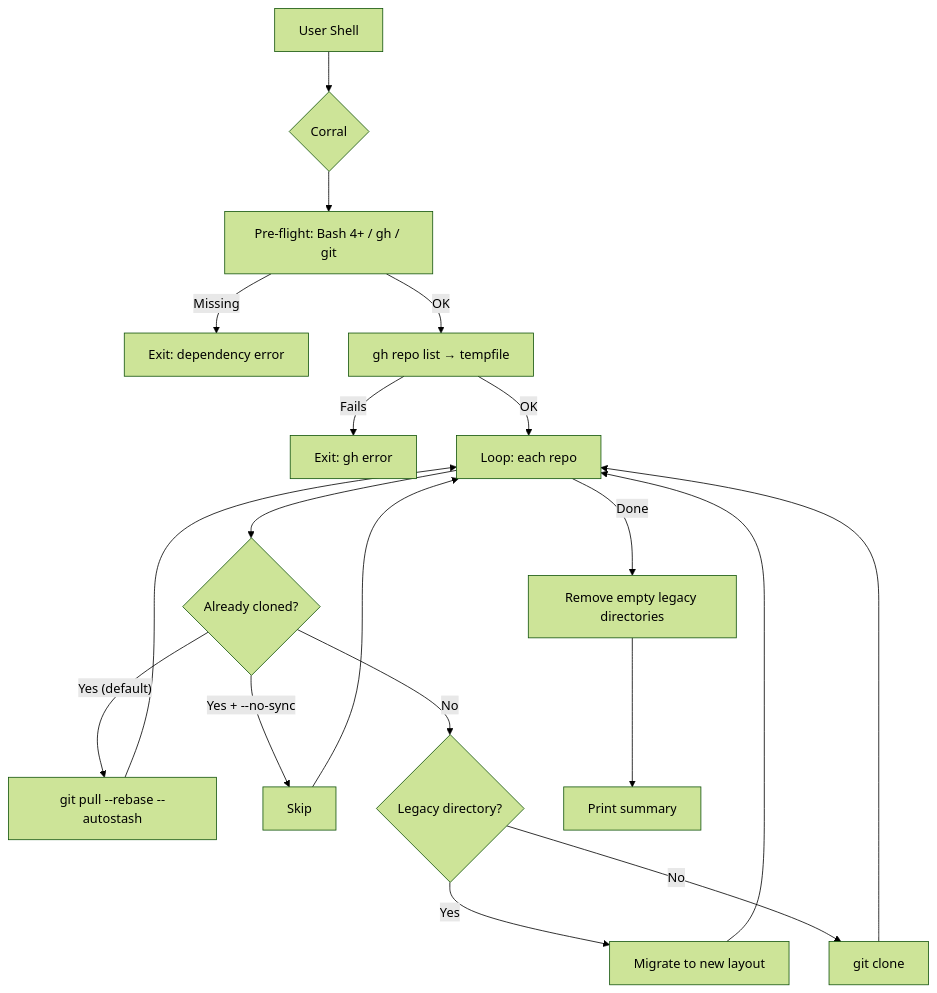
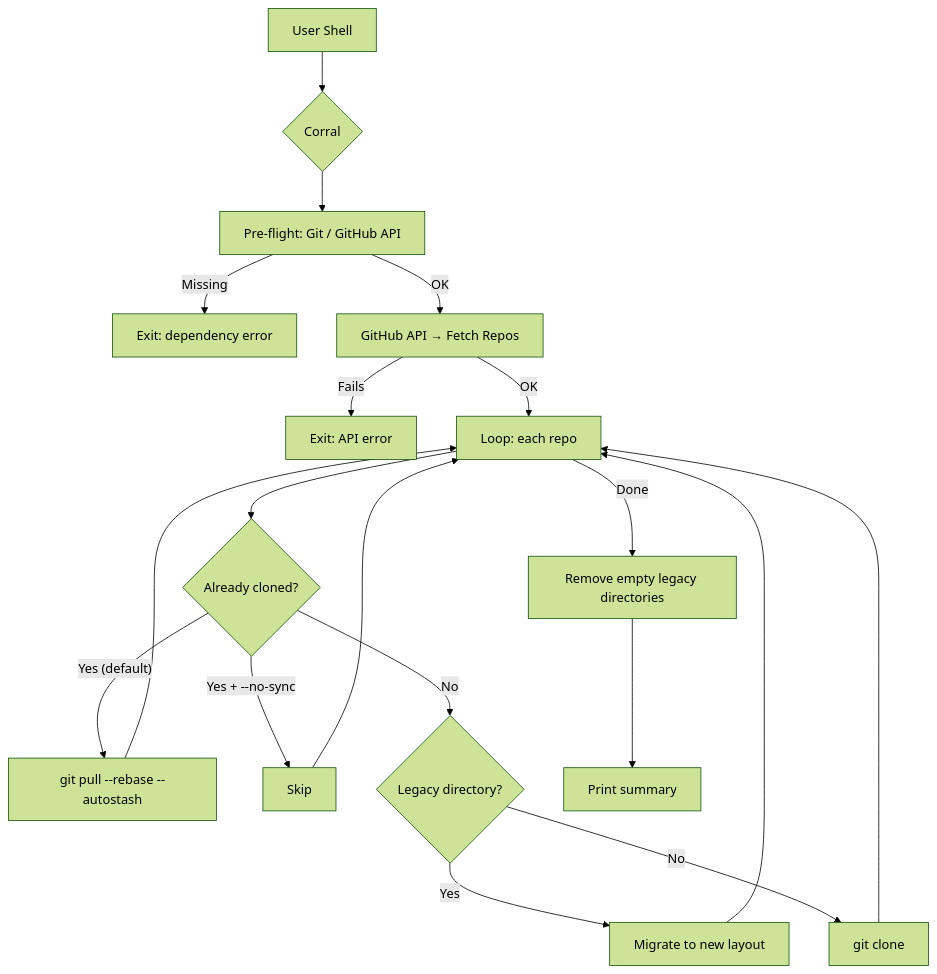
The diagram in README.md (sebastienrousseau/corral), drawn with Mermaid (forest theme) before and after one commit. The commit also changed other lines of this file and 6 other files, not shown here.

````diff
--- a/README.md
+++ b/README.md
@@ -110,18 +108,18 @@
 ```mermaid
 graph TD
     A[User Shell] --> B{Corral}
-    B --> C[Pre-flight: Bash 4+ / gh / git]
+    B --> C[Pre-flight: Git / GitHub API]
     C -- Missing --> Z1[Exit: dependency error]
-    C -- OK --> D[gh repo list → tempfile]
-    D -- Fails --> Z2[Exit: gh error]
+    C -- OK --> D[GitHub API → Fetch Repos]
+    D -- Fails --> Z2[Exit: API error]
     D -- OK --> E[Loop: each repo]
     E --> F{Already cloned?}
     F -- "Yes (default)" --> G1[git pull --rebase --autostash]
     F -- "Yes + --no-sync" --> G2[Skip]
     F -- No --> H{Legacy directory?}
     H -- Yes --> I[Migrate to new layout]
     H -- No --> J[git clone]
     G1 & G2 & I & J --> E
     E -- Done --> K[Remove empty legacy directories]
     K --> L[Print summary]
 ```
````
